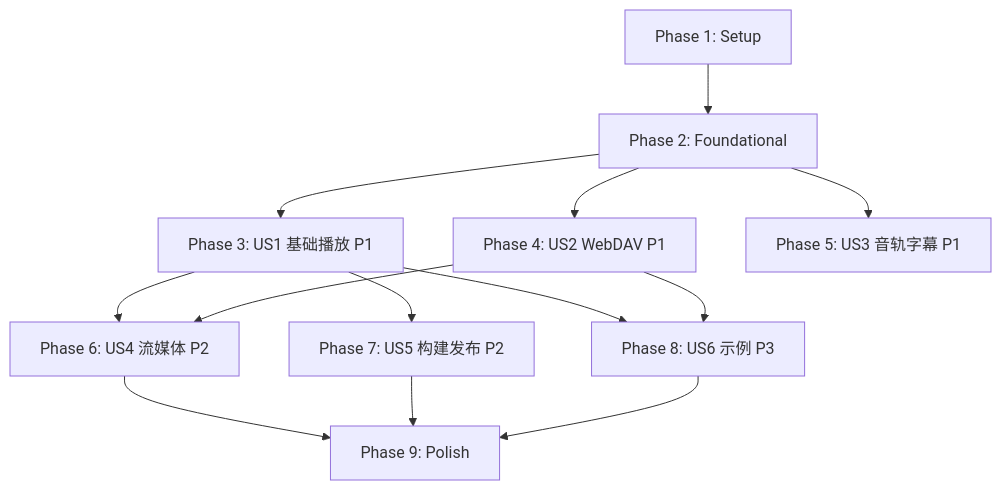
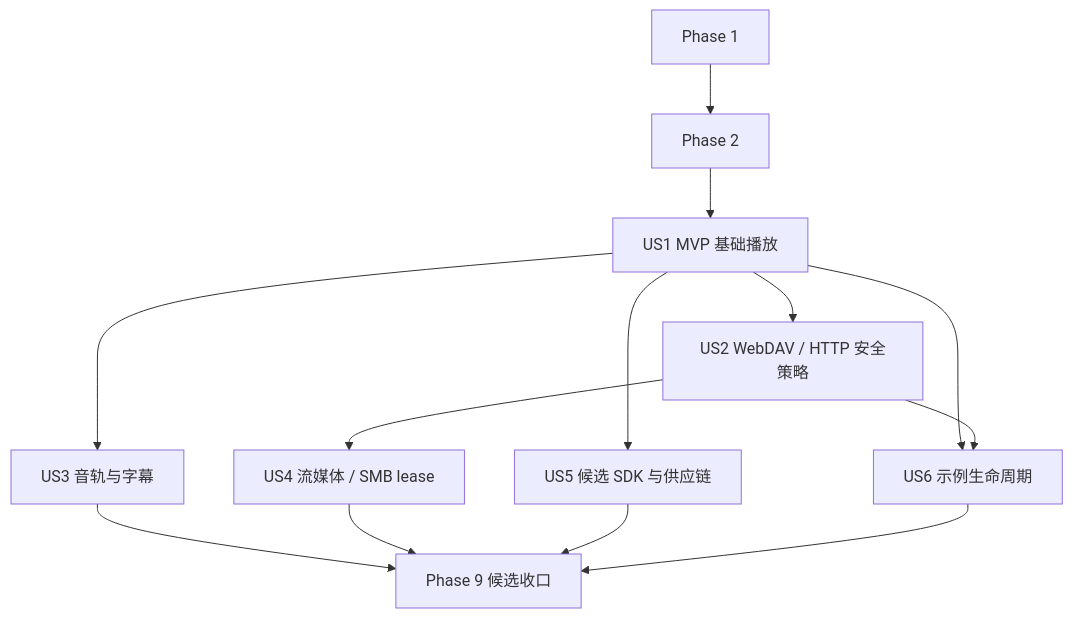
Before and after one commit to yaoshining/VidAll_Player: the diagram in specs/001-harmonyos-mpv-sdk/tasks.md, drawn with Mermaid. The commit also changed other lines of this file and 10 other files, not shown here.

````diff
--- a/specs/001-harmonyos-mpv-sdk/tasks.md
+++ b/specs/001-harmonyos-mpv-sdk/tasks.md
@@ -237,15 +213,15 @@
 ```mermaid
 graph TD
-    P1[Phase 1: Setup] --> P2[Phase 2: Foundational]
-    P2 --> US1[Phase 3: US1 基础播放 P1]
-    P2 --> US2[Phase 4: US2 WebDAV P1]
-    P2 --> US3[Phase 5: US3 音轨字幕 P1]
-    US1 --> US4[Phase 6: US4 流媒体 P2]
-    US2 --> US4
-    US1 --> US5[Phase 7: US5 构建发布 P2]
-    US1 --> US6[Phase 8: US6 示例 P3]
-    US2 --> US6
-    US4 --> P9[Phase 9: Polish]
-    US5 --> P9
-    US6 --> P9
+  Setup[Phase 1] --> Foundation[Phase 2]
+  Foundation --> US1[US1 MVP 基础播放]
+  US1 --> US2[US2 WebDAV / HTTP 安全策略]
+  US1 --> US3[US3 音轨与字幕]
+  US1 --> US5[US5 候选 SDK 与供应链]
+  US2 --> US4[US4 流媒体 / SMB lease]
+  US1 --> US6[US6 示例生命周期]
+  US2 --> US6
+  US3 --> Polish[Phase 9 候选收口]
+  US4 --> Polish
+  US5 --> Polish
+  US6 --> Polish
 ```
````
